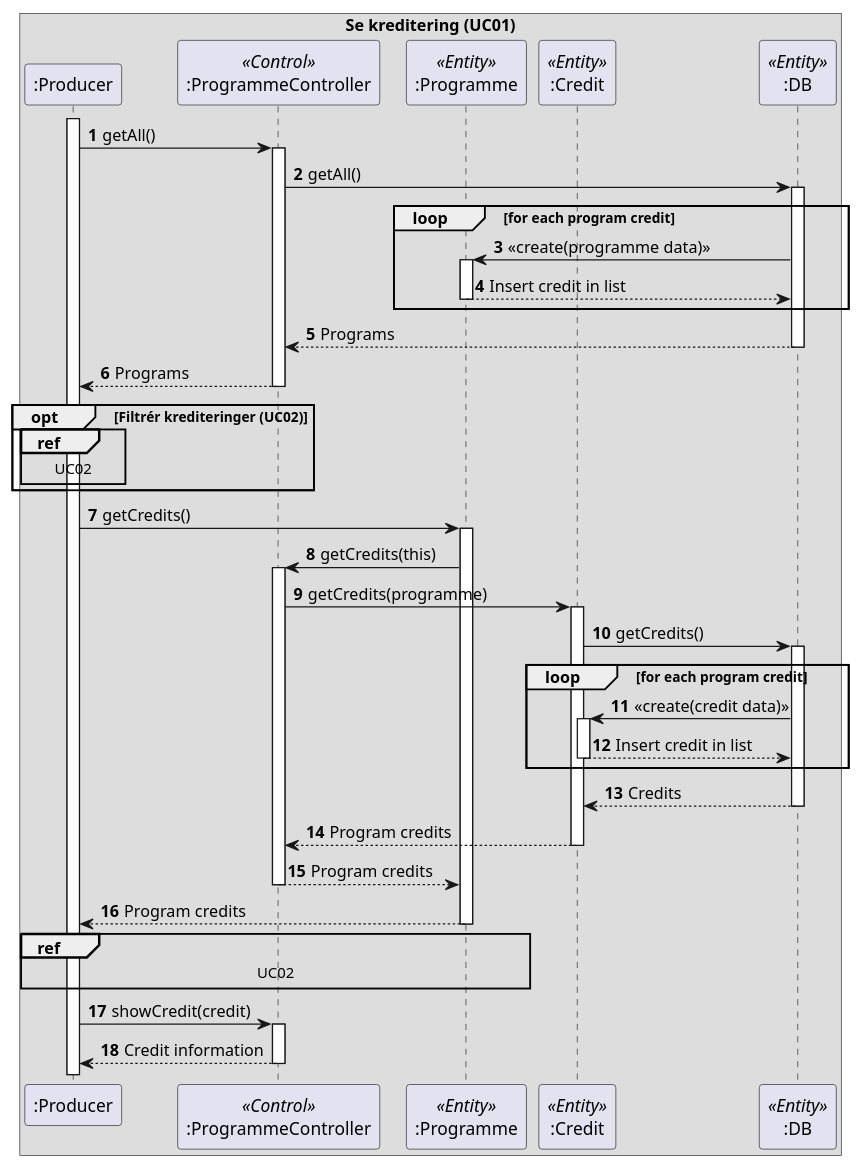
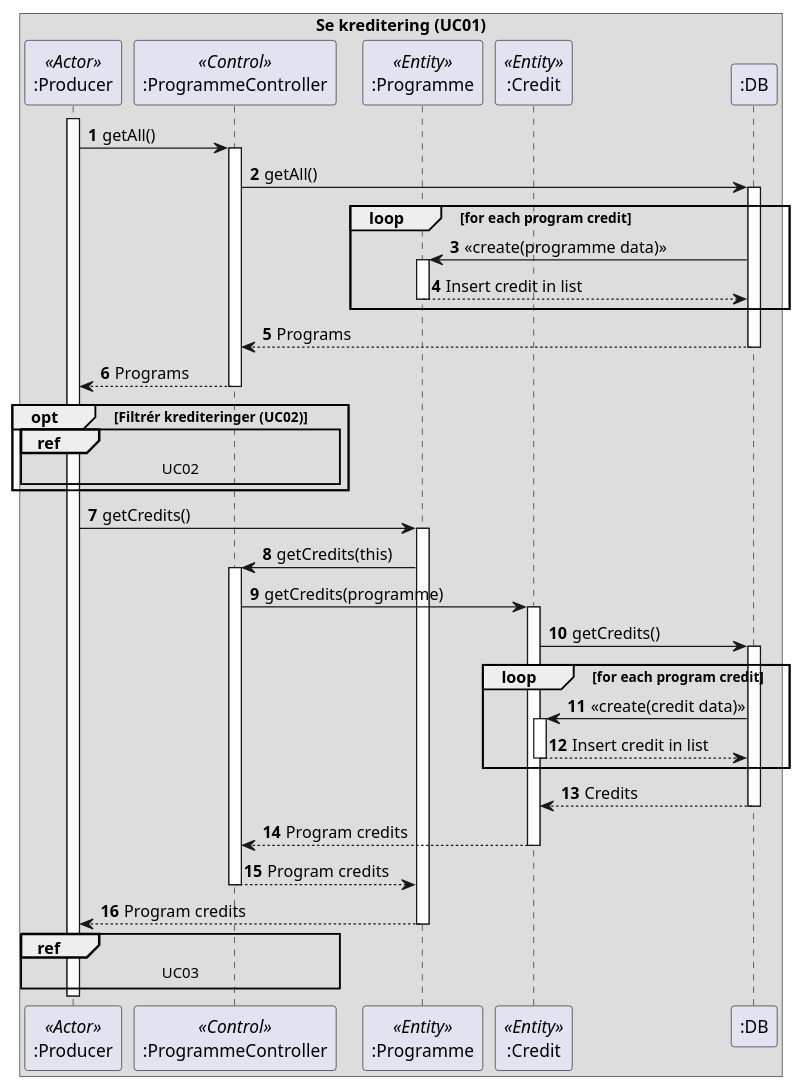
Before and after one commit to amatzen/SE02-SE-G02-SPRO: the diagram in uml/sequence_diagrams/operation/UC01_show_credit.puml, drawn with PlantUML. The commit also changed 10 other files, not shown here.

```diff
--- a/uml/sequence_diagrams/operation/UC01_show_credit.puml
+++ b/uml/sequence_diagrams/operation/UC01_show_credit.puml
@@ -1,73 +1,67 @@
 @startuml
 'https://plantuml.com/sequence-diagram
 
 autonumber
 
 box Se kreditering (UC01)
-    participant ":Producer" as producer
+    participant ":Producer" as producer <<Actor>>
     participant ":ProgrammeController" as programController <<Control>>
     participant ":Programme" as program <<Entity>>
     participant ":Credit" as credit <<Entity>>
-    participant ":DB" as db <<Entity>>
+    participant ":DB" as db
 end box
 
 activate producer
 producer -> programController : getAll()
 activate programController
 programController -> db : getAll()
 activate db
 
 loop for each program credit
 db -> program : <<create(programme data)>>
 activate program
 db <-- program : Insert credit in list
 deactivate program
 end
 
 programController <-- db : Programs
 deactivate db
 producer <-- programController : Programs
 deactivate programController
 
 opt Filtrér krediteringer (UC02)
-    ref over producer : UC02
+    ref over producer, programController : UC02
 end
 
 producer -> program: getCredits()
 activate program
 program -> programController : getCredits(this)
 activate programController
 programController -> credit : getCredits(programme)
 activate credit
 
 credit -> db : getCredits()
 activate db
 
 loop for each program credit
 db -> credit : <<create(credit data)>>
 activate credit
 db <-- credit : Insert credit in list
 deactivate credit
 end
 
 credit <-- db : Credits
 deactivate db
 
 programController <-- credit : Program credits
 deactivate credit
 program <-- programController : Program credits
 deactivate programController
 producer <-- program : Program credits
 
 deactivate program
 deactivate programController
 
-ref over producer, program : UC02
-
-producer -> programController : showCredit(credit)
-activate programController
-
-producer <-- programController : Credit information
-deactivate programController
+ref over producer, programController : UC03
 
 @enduml
```
